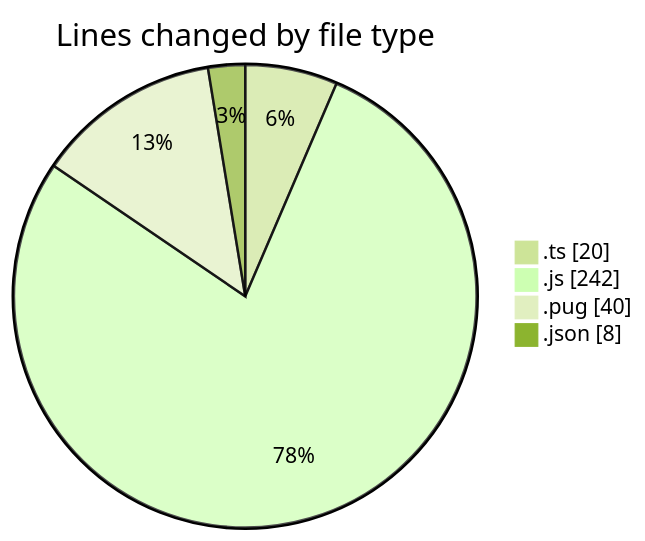
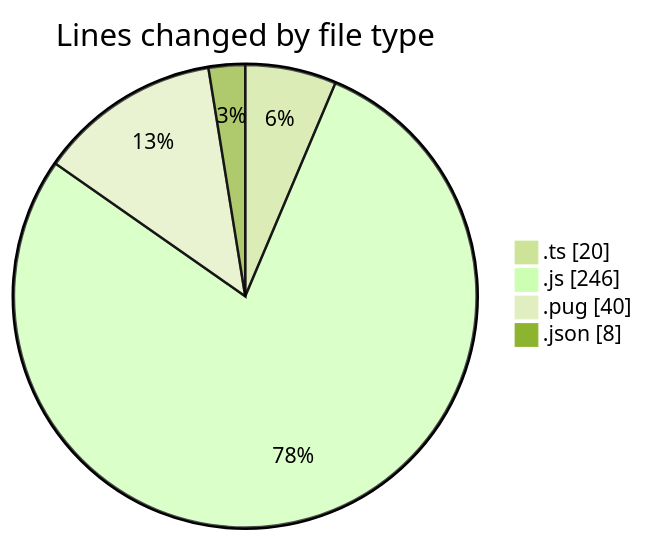
One commit to momahboobian/code-tracking changed the first of 2 diagrams in 2025-02-25/cda/README.md. Above: the diagram before and after it, drawn with Mermaid (forest theme). The commit also changed other lines of this file and 1 other file, not shown here.

````diff
--- a/2025-02-25/cda/README.md
+++ b/2025-02-25/cda/README.md
@@ -25,8 +25,8 @@
 ```mermaid
 pie showData
 title Lines changed by file type
 ".ts" : 20
-".js" : 242
+".js" : 246
 ".pug" : 40
 ".json" : 8
 ```
````
